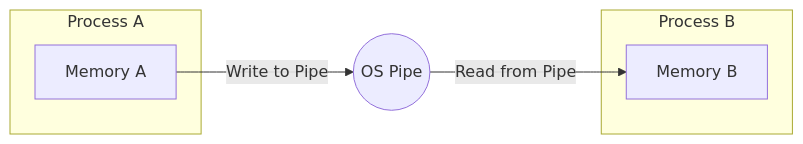
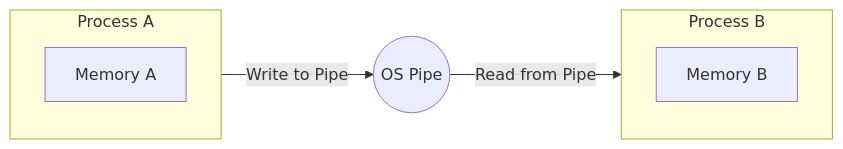
Before and after one commit to EzazAzhar/PDC-SP26-SE: the second of 2 diagrams in Muhammad Ezaz Azhar 23FA-036-SE/Chapter03/README.md, drawn with Mermaid. The commit also changed other lines of this file, not shown here.

Commit message:
Update chapter 3

````diff
--- a/Muhammad Ezaz Azhar 23FA-036-SE/Chapter03/README.md
+++ b/Muhammad Ezaz Azhar 23FA-036-SE/Chapter03/README.md
@@ -67,12 +67,12 @@
 ```mermaid
 graph LR
-    subgraph Process A
+    subgraph PA ["Process A"]
         MemA[Memory A]
     end
-    subgraph Process B
+    subgraph PB ["Process B"]
         MemB[Memory B]
     end
     
-    MemA -->|Write to Pipe| Pipe((OS Pipe))
-    Pipe -->|Read from Pipe| MemB
+    PA -->|Write to Pipe| Pipe((OS Pipe))
+    Pipe -->|Read from Pipe| PB
 ```
````
